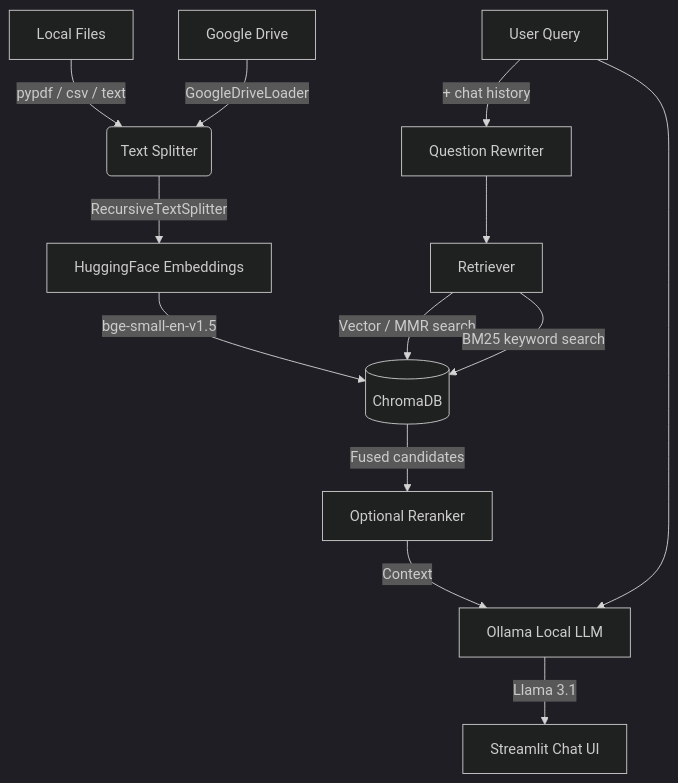
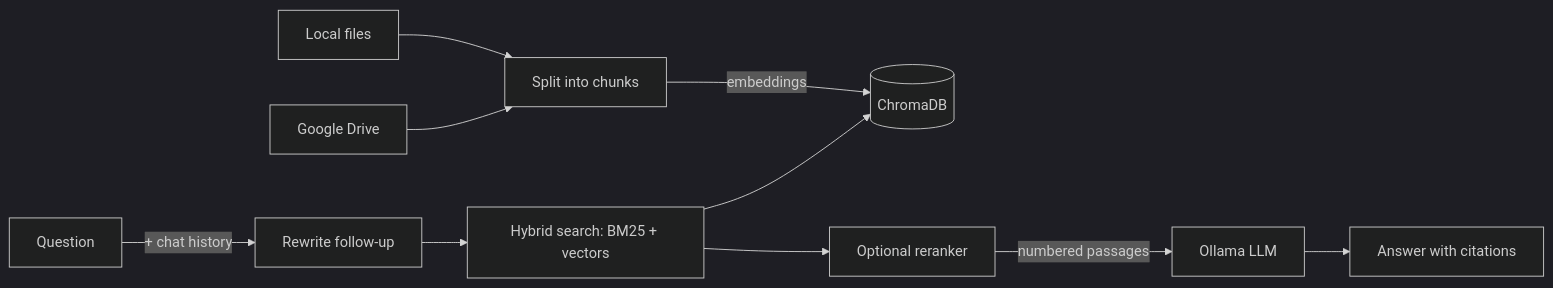
One commit to husseinzayat3/PrivateRAG changed the diagram in README.md. Above: the diagram before and after it, drawn with Mermaid (dark theme). The commit also changed other lines of this file and 17 other files, not shown here.

````diff
--- a/README.md
+++ b/README.md
@@ -32,16 +99,13 @@
 ```mermaid
-graph TD
-    A[Local Files] -->|pypdf / csv / text| C(Text Splitter)
-    B[Google Drive] -->|GoogleDriveLoader| C
-    C -->|RecursiveTextSplitter| D[HuggingFace Embeddings]
-    D -->|bge-small-en-v1.5| E[(ChromaDB)]
+graph LR
+    A[Local files] --> C[Split into chunks]
+    B[Google Drive] --> C
+    C -->|embeddings| E[(ChromaDB)]
 
-    F[User Query] -->|+ chat history| Q[Question Rewriter]
-    Q --> G[Retriever]
-    G -->|Vector / MMR search| E
-    G -->|BM25 keyword search| E
-    E -->|Fused candidates| R[Optional Reranker]
-    R -->|Context| H[Ollama Local LLM]
-    F --> H
-    H -->|Llama 3.1| I[Streamlit Chat UI]
+    F[Question] -->|+ chat history| Q[Rewrite follow-up]
+    Q --> G[Hybrid search: BM25 + vectors]
+    G --> E
+    G --> R[Optional reranker]
+    R -->|numbered passages| H[Ollama LLM]
+    H --> I[Answer with citations]
 ```
````
